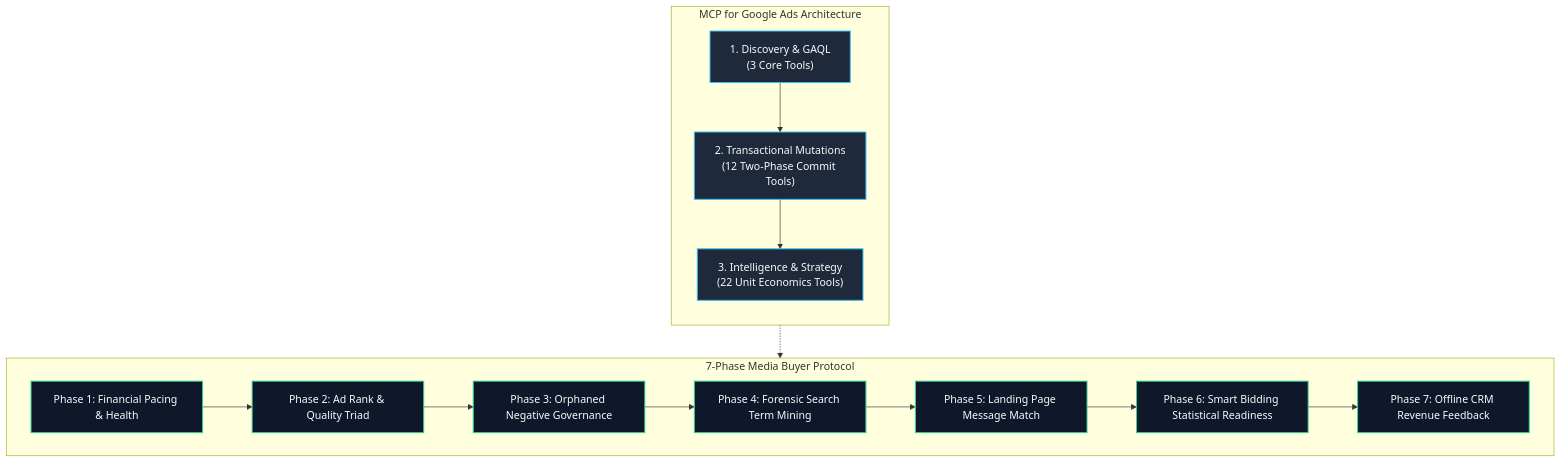
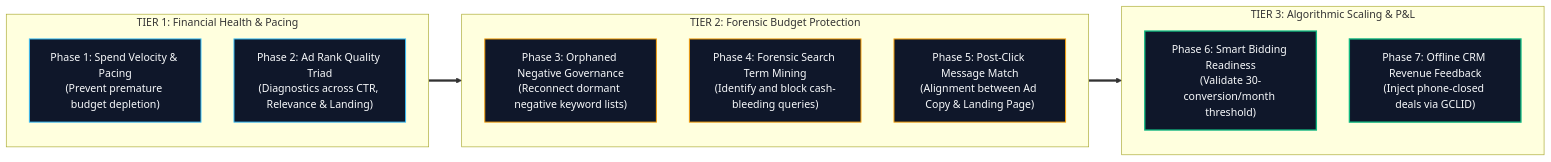
The third of 3 diagrams in README.md (eddvasquez/mcp-for-google-ads), drawn with Mermaid before and after one commit. The commit also changed other lines of this file and 1 other file, not shown here.

Commit message:
docs: elevar diagramacion vectorial Mermaid con bucle de envenenamiento vs CRM, secuencia de Two-Phase Commit y embudo de 7 fases

````diff
--- a/README.md
+++ b/README.md
@@ -117,24 +173,30 @@
 ```mermaid
-flowchart TD
-    subgraph Engine ["MCP for Google Ads Architecture"]
+flowchart LR
+    subgraph TIER1 ["TIER 1: Financial Health & Pacing"]
         direction TB
-        A["1. Discovery & GAQL<br>(3 Core Tools)"] --> B["2. Transactional Mutations<br>(12 Two-Phase Commit Tools)"]
-        B --> C["3. Intelligence & Strategy<br>(22 Unit Economics Tools)"]
+        F1["Phase 1: Spend Velocity & Pacing<br>(Prevent premature budget depletion)"]
+        F2["Phase 2: Ad Rank Quality Triad<br>(Diagnostics across CTR, Relevance & Landing)"]
     end
 
-    subgraph Workflow ["7-Phase Media Buyer Protocol"]
-        W1["Phase 1: Financial Pacing & Health"] --> W2["Phase 2: Ad Rank & Quality Triad"]
-        W2 --> W3["Phase 3: Orphaned Negative Governance"]
-        W3 --> W4["Phase 4: Forensic Search Term Mining"]
-        W4 --> W5["Phase 5: Landing Page Message Match"]
-        W5 --> W6["Phase 6: Smart Bidding Statistical Readiness"]
-        W6 --> W7["Phase 7: Offline CRM Revenue Feedback"]
+    subgraph TIER2 ["TIER 2: Forensic Budget Protection"]
+        direction TB
+        F3["Phase 3: Orphaned Negative Governance<br>(Reconnect dormant negative keyword lists)"]
+        F4["Phase 4: Forensic Search Term Mining<br>(Identify and block cash-bleeding queries)"]
+        F5["Phase 5: Post-Click Message Match<br>(Alignment between Ad Copy & Landing Page)"]
     end
 
-    Engine -.-> Workflow
+    subgraph TIER3 ["TIER 3: Algorithmic Scaling & P&L"]
+        direction TB
+        F6["Phase 6: Smart Bidding Readiness<br>(Validate 30-conversion/month threshold)"]
+        F7["Phase 7: Offline CRM Revenue Feedback<br>(Inject phone-closed deals via GCLID)"]
+    end
 
-    classDef core fill:#1e293b,stroke:#38bdf8,stroke-width:1.5px,color:#f8fafc;
-    classDef flow fill:#0f172a,stroke:#34d399,stroke-width:1.5px,color:#f8fafc;
-    class A,B,C core;
-    class W1,W2,W3,W4,W5,W6,W7 flow;
+    TIER1 ==> TIER2 ==> TIER3
+
+    classDef n1 fill:#0f172a,stroke:#38bdf8,stroke-width:1.5px,color:#f8fafc;
+    classDef n2 fill:#0f172a,stroke:#f59e0b,stroke-width:1.5px,color:#f8fafc;
+    classDef n3 fill:#0f172a,stroke:#10b981,stroke-width:2px,color:#f8fafc;
+    class F1,F2 n1;
+    class F3,F4,F5 n2;
+    class F6,F7 n3;
 ```
````
